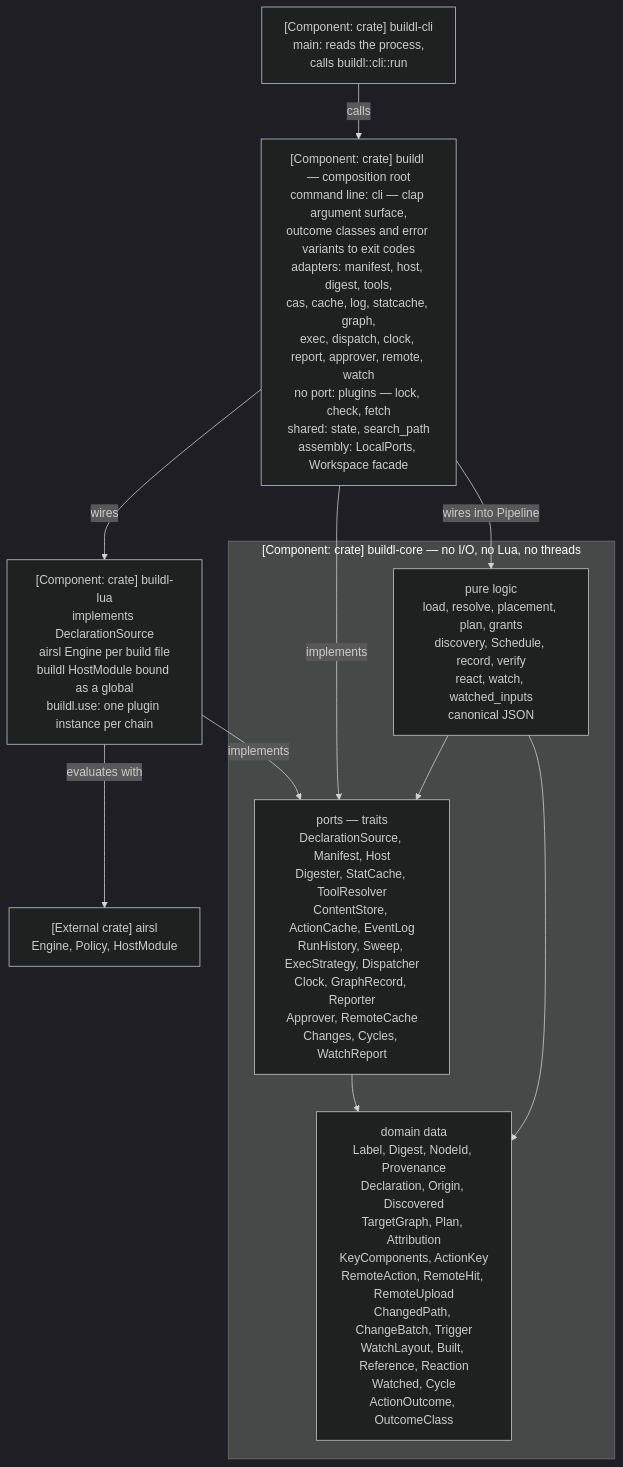
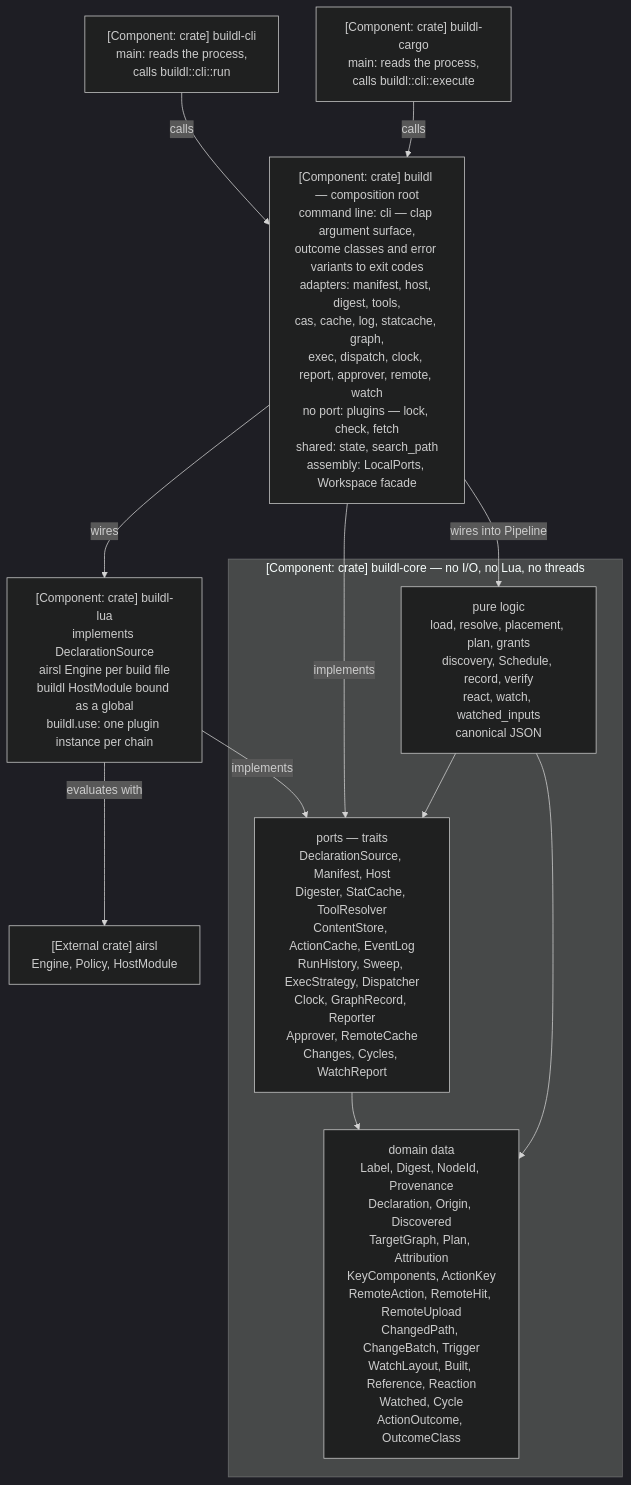
One commit to airsstack/buildl changed the fifth of 7 diagrams in book/src/ch11-03-four-crates.md. Above: the diagram before and after it, drawn with Mermaid (dark theme). The commit also changed other lines of this file, not shown here.

Commit message:
docs(repo): describe buildl-cargo as the fifth crate

````diff
--- a/book/src/ch11-03-four-crates.md
+++ b/book/src/ch11-03-four-crates.md
@@ -165,22 +180,24 @@
 ```mermaid
 %% C4 level 3 — components inside the CLI process
 graph TD
     CLI["[Component: crate] buildl-cli<br/>main: reads the process,<br/>calls buildl::cli::run"]
+    CARGO["[Component: crate] buildl-cargo<br/>main: reads the process,<br/>calls buildl::cli::execute"]
     LIB["[Component: crate] buildl — composition root<br/>command line: cli — clap argument surface,<br/>outcome classes and error variants to exit codes<br/>adapters: manifest, host, digest, tools,<br/>cas, cache, log, statcache, graph,<br/>exec, dispatch, clock, report, approver, remote, watch<br/>no port: plugins — lock, check, fetch<br/>shared: state, search_path<br/>assembly: LocalPorts, Workspace facade"]
     LUA["[Component: crate] buildl-lua<br/>implements DeclarationSource<br/>airsl Engine per build file<br/>buildl HostModule bound as a global<br/>buildl.use: one plugin instance per chain"]
     subgraph CORE["[Component: crate] buildl-core — no I/O, no Lua, no threads"]
         DATA["domain data<br/>Label, Digest, NodeId, Provenance<br/>Declaration, Origin, Discovered<br/>TargetGraph, Plan, Attribution<br/>KeyComponents, ActionKey<br/>RemoteAction, RemoteHit, RemoteUpload<br/>ChangedPath, ChangeBatch, Trigger<br/>WatchLayout, Built, Reference, Reaction<br/>Watched, Cycle<br/>ActionOutcome, OutcomeClass"]
         PORTS["ports — traits<br/>DeclarationSource, Manifest, Host<br/>Digester, StatCache, ToolResolver<br/>ContentStore, ActionCache, EventLog<br/>RunHistory, Sweep, ExecStrategy, Dispatcher<br/>Clock, GraphRecord, Reporter<br/>Approver, RemoteCache<br/>Changes, Cycles, WatchReport"]
         LOGIC["pure logic<br/>load, resolve, placement, plan, grants<br/>discovery, Schedule, record, verify<br/>react, watch, watched_inputs<br/>canonical JSON"]
     end
     AIRSL["[External crate] airsl<br/>Engine, Policy, HostModule"]
     CLI -->|"calls"| LIB
+    CARGO -->|"calls"| LIB
     LIB -->|"wires"| LUA
     LIB -->|"implements"| PORTS
     LIB -->|"wires into Pipeline"| LOGIC
     LUA -->|"implements"| PORTS
     LUA -->|"evaluates with"| AIRSL
     LOGIC --> PORTS
     LOGIC --> DATA
     PORTS --> DATA
 ```
````
